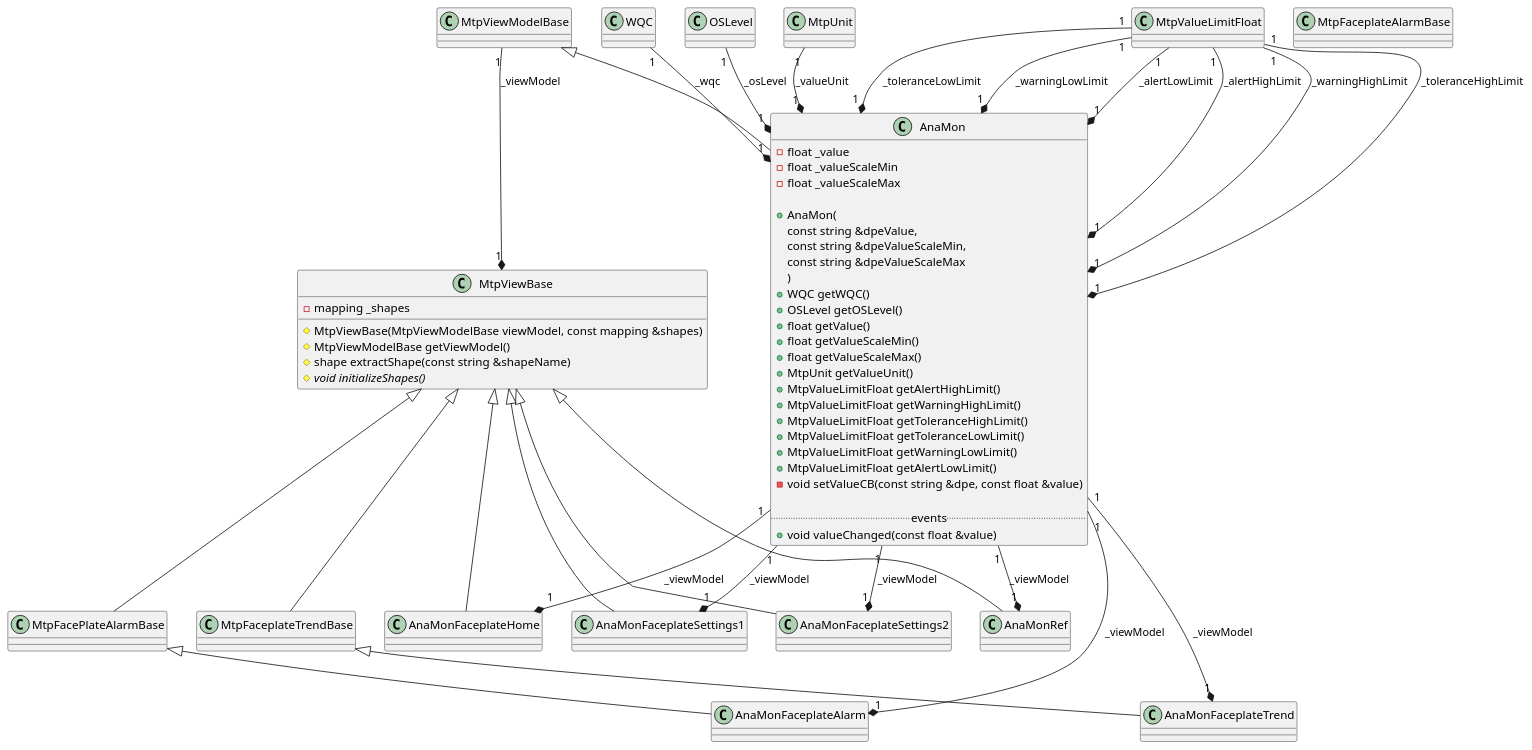
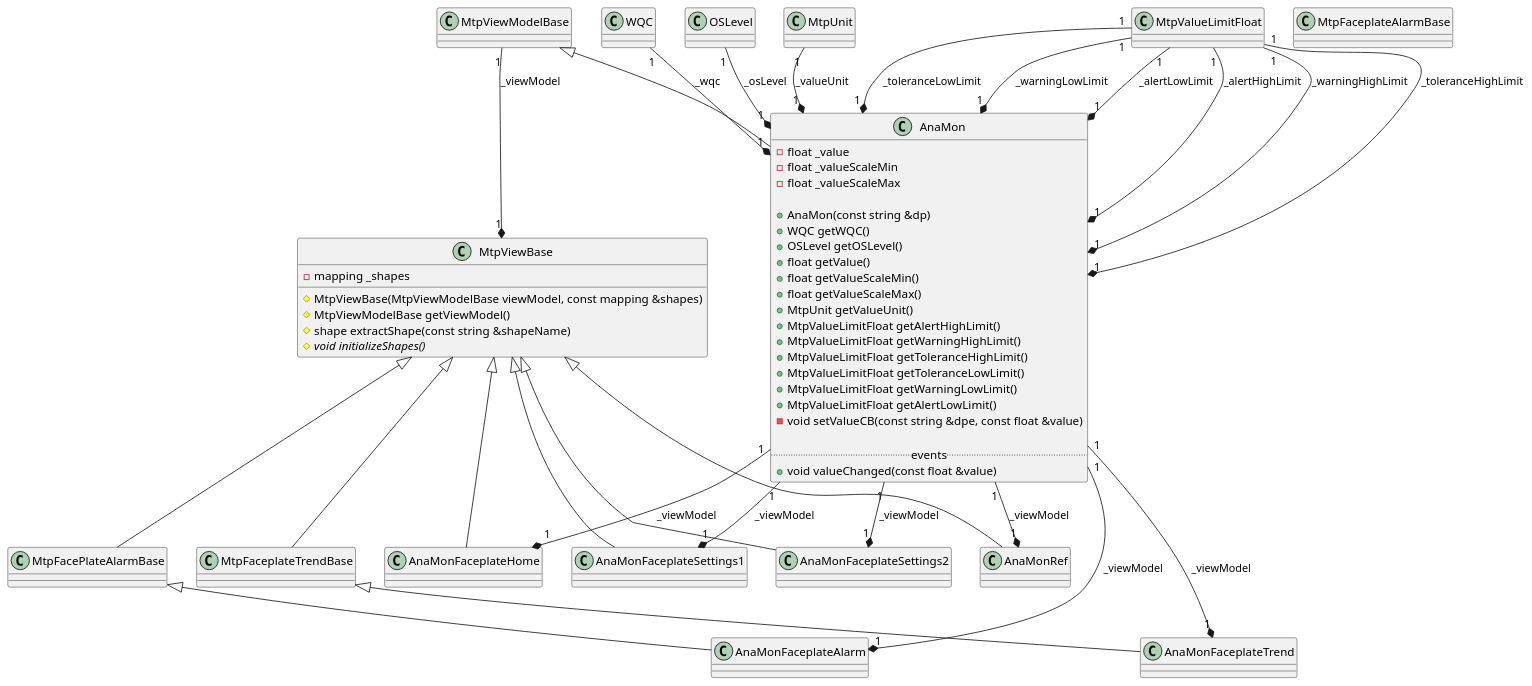
One commit to winccoa/winccoa-ae-ctrl-mtpimporter changed the diagram in source/Module/AnaMon.puml. Above: the diagram before and after it, drawn with PlantUML. The commit also changed 7 other files, not shown here.

Commit message:
fix: constructors of class diagrams correct again

```diff
--- a/source/Module/AnaMon.puml
+++ b/source/Module/AnaMon.puml
@@ -1,122 +1,118 @@
 @startuml AnaMon
 
 class AnaMon
 {
     - float _value
     - float _valueScaleMin
     - float _valueScaleMax
 
-    + AnaMon(
-        const string &dpeValue,
-        const string &dpeValueScaleMin,
-        const string &dpeValueScaleMax
-    )
+    + AnaMon(const string &dp)
     + WQC getWQC()
     + OSLevel getOSLevel()
     + float getValue()
     + float getValueScaleMin()
     + float getValueScaleMax()
     + MtpUnit getValueUnit()
     + MtpValueLimitFloat getAlertHighLimit()
     + MtpValueLimitFloat getWarningHighLimit()
     + MtpValueLimitFloat getToleranceHighLimit()
     + MtpValueLimitFloat getToleranceLowLimit()
     + MtpValueLimitFloat getWarningLowLimit()
     + MtpValueLimitFloat getAlertLowLimit()
     ' DPE: V
     - void setValueCB(const string &dpe, const float &value)
 
     ..events..
     + void valueChanged(const float &value)
 }
 
 MtpViewModelBase <|-- AnaMon
 WQC "1" --* "1" AnaMon : _wqc
 OSLevel "1" --* "1" AnaMon : _osLevel
 'DPE: VUnit
 MtpUnit "1" --* "1" AnaMon : _valueUnit
 'DPE: VAHLim, VAHEn, VAHAct
 MtpValueLimitFloat "1" --* "1" AnaMon : _alertHighLimit
 'DPE: VWHLim, VWHEn, VWHAct
 MtpValueLimitFloat "1" --* "1" AnaMon : _warningHighLimit
 'DPE: VTHLim, VTHEn, VTHAct
 MtpValueLimitFloat "1" --* "1" AnaMon : _toleranceHighLimit
 'DPE: VTLLim, VTLEn, VTLAct
 MtpValueLimitFloat "1" --* "1" AnaMon : _toleranceLowLimit
 'DPE: VWLLim, VWLEn, VWLAct
 MtpValueLimitFloat "1" --* "1" AnaMon : _warningLowLimit
 'DPE: VALLim, VALEn, VALAct
 MtpValueLimitFloat "1" --* "1" AnaMon : _alertLowLimit
 
 class MtpViewBase
 {
     - mapping _shapes
 
     # MtpViewBase(MtpViewModelBase viewModel, const mapping &shapes)
     # MtpViewModelBase getViewModel()
     # shape extractShape(const string &shapeName)
     # {abstract} void initializeShapes()
 }
 
 MtpViewModelBase "1" --* "1" MtpViewBase : _viewModel
 
 class AnaMonFaceplateHome
 {
 }
 
 class AnaMonFaceplateSettings1
 {
 
 }
 
 class AnaMonFaceplateSettings2
 {
 
 }
 
 class MtpFaceplateAlarmBase
 {
 
 }
 
 MtpViewBase <|-- MtpFacePlateAlarmBase
 
 class AnaMonFaceplateAlarm
 {
 
 }
 
 MtpFacePlateAlarmBase <|-- AnaMonFaceplateAlarm
 
 class MtpFaceplateTrendBase
 {
 
 }
 
 MtpViewBase <|-- MtpFaceplateTrendBase
 
 class AnaMonFaceplateTrend
 {
 
 }
 
 MtpFaceplateTrendBase <|-- AnaMonFaceplateTrend
 
 MtpViewBase <|-- AnaMonFaceplateHome
 AnaMon "1" --* "1" AnaMonFaceplateHome : _viewModel
 MtpViewBase <|-- AnaMonFaceplateSettings1
 AnaMon "1" --* "1" AnaMonFaceplateSettings1 : _viewModel
 MtpViewBase <|-- AnaMonFaceplateSettings2
 AnaMon "1" --* "1" AnaMonFaceplateSettings2 : _viewModel
 AnaMon "1" --* "1" AnaMonFaceplateAlarm : _viewModel
 AnaMon "1" --* "1" AnaMonFaceplateTrend : _viewModel
 
 
 class AnaMonRef 
 {
 
 }
 
 MtpViewBase <|-- AnaMonRef
 AnaMon "1" --* "1" AnaMonRef : _viewModel
 @enduml
```
